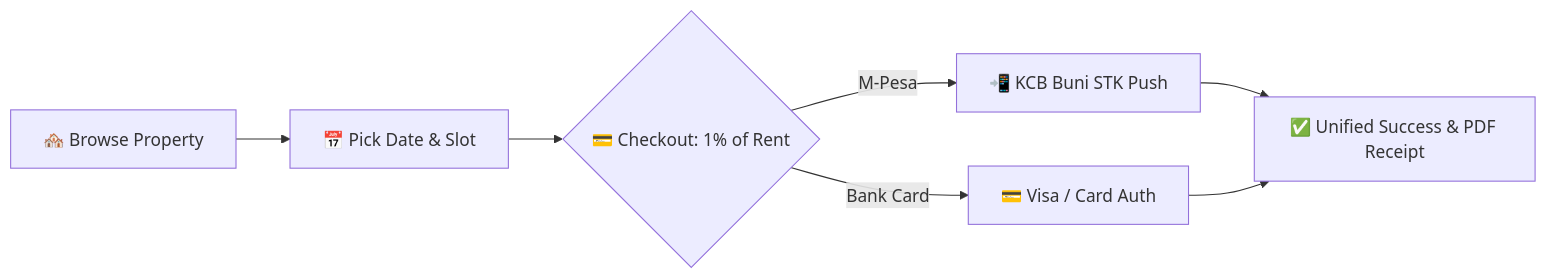
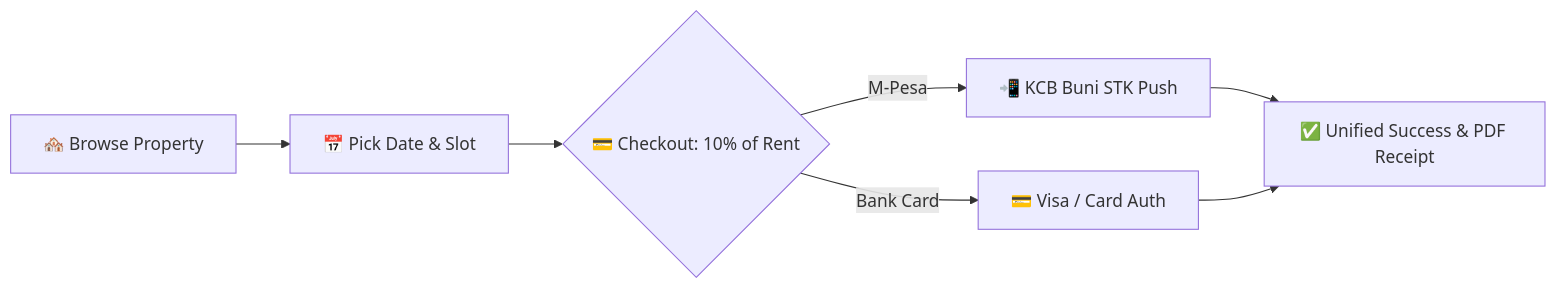
The diagram in README.md (amoney79/Rentify), drawn with Mermaid before and after one commit. The commit also changed other lines of this file, not shown here.

````diff
--- a/README.md
+++ b/README.md
@@ -98,9 +96,9 @@
 ```mermaid
 flowchart LR
     A[🏘️ Browse Property] --> B[📅 Pick Date & Slot]
-    B --> C{💳 Checkout: 1% of Rent}
+    B --> C{💳 Checkout: 10% of Rent}
     C -->|M-Pesa| D[📲 KCB Buni STK Push]
     C -->|Bank Card| E[💳 Visa / Card Auth]
     D --> F[✅ Unified Success & PDF Receipt]
     E --> F
 ```
````
